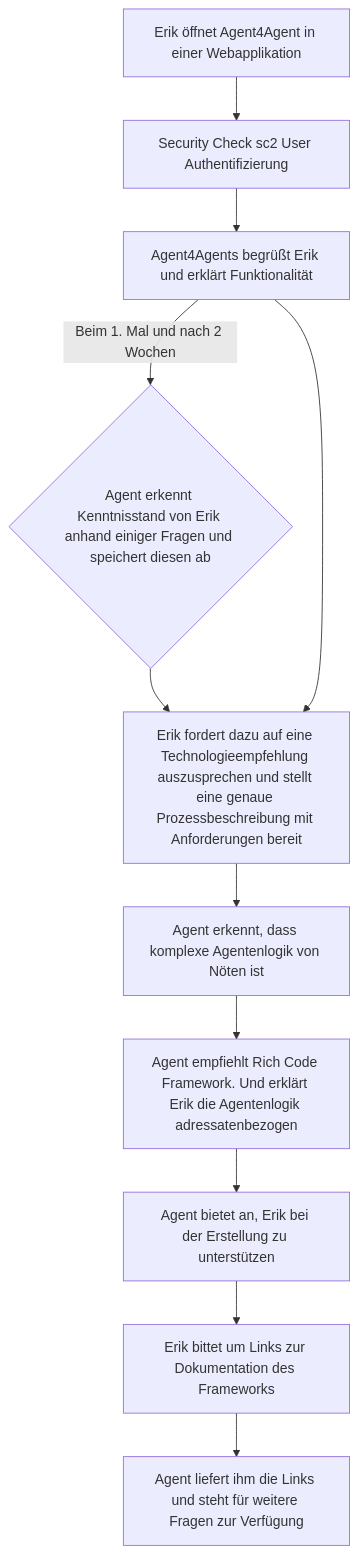
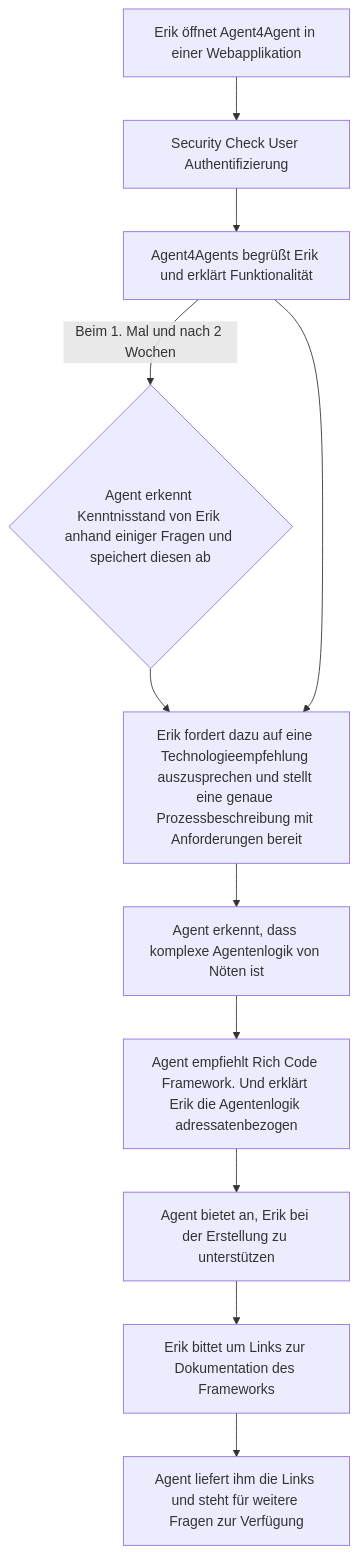
One commit to agentic-ai-ws2526-group-c/agent4agents-documentation changed the fourth of 4 diagrams in Ideation/User Personas and UseCases.md. Above: the diagram before and after it, drawn with Mermaid. The commit also changed other lines of this file, not shown here.

First line of the commit message:
Update security check terminology in workflows

````diff
--- a/Ideation/User Personas and UseCases.md
+++ b/Ideation/User Personas and UseCases.md
@@ -118,13 +118,13 @@
 ```mermaid
 graph TD
-    A[Erik öffnet Agent4Agent in einer Webapplikation] --> SC[Security Check sc2 User Authentifizierung];
+    A[Erik öffnet Agent4Agent in einer Webapplikation] --> SC[Security Check User Authentifizierung];
     SC --> B[Agent4Agents begrüßt Erik und erklärt Funktionalität];
     B -- "Beim 1. Mal und nach 2 Wochen" --> C{Agent erkennt Kenntnisstand von Erik anhand einiger Fragen und speichert diesen ab};
     C --> D[Erik fordert dazu auf eine Technologieempfehlung auszusprechen und stellt eine genaue Prozessbeschreibung mit Anforderungen bereit];
     B --> D;
     D --> E[Agent erkennt, dass komplexe Agentenlogik von Nöten ist];
     E --> F[Agent empfiehlt Rich Code Framework. Und erklärt Erik die Agentenlogik adressatenbezogen];
     F --> G[Agent bietet an, Erik bei der Erstellung zu unterstützen];
     G --> H[Erik bittet um Links zur Dokumentation des Frameworks];
     H --> I[Agent liefert ihm die Links und steht für weitere Fragen zur Verfügung];
 ```
````
